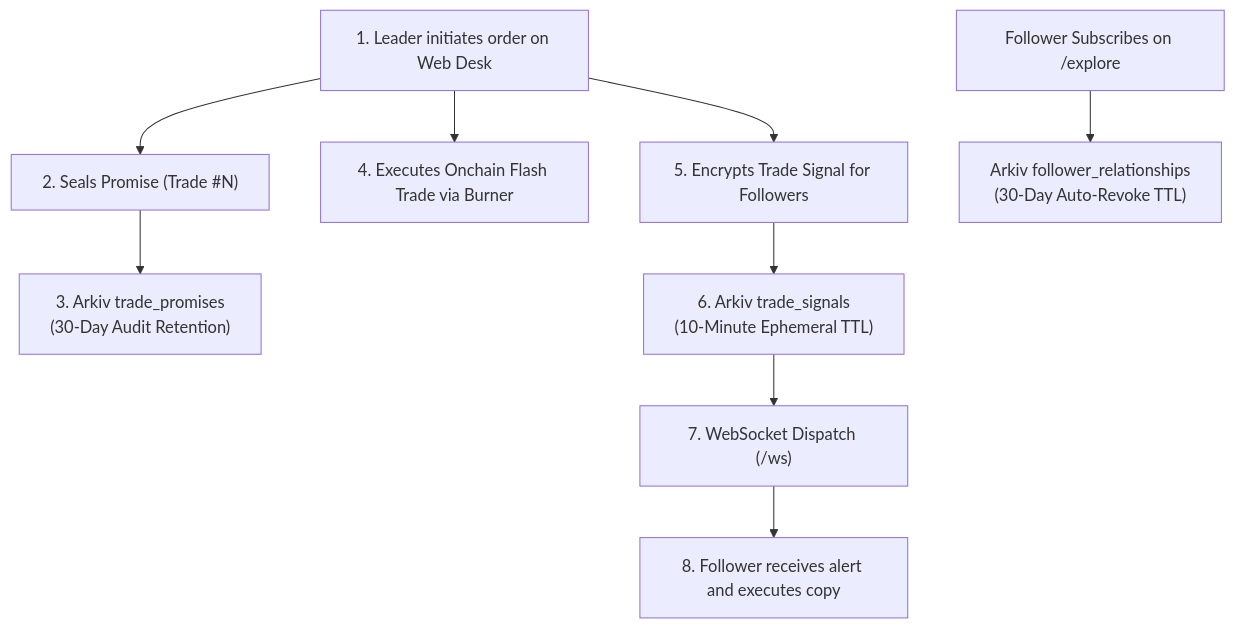
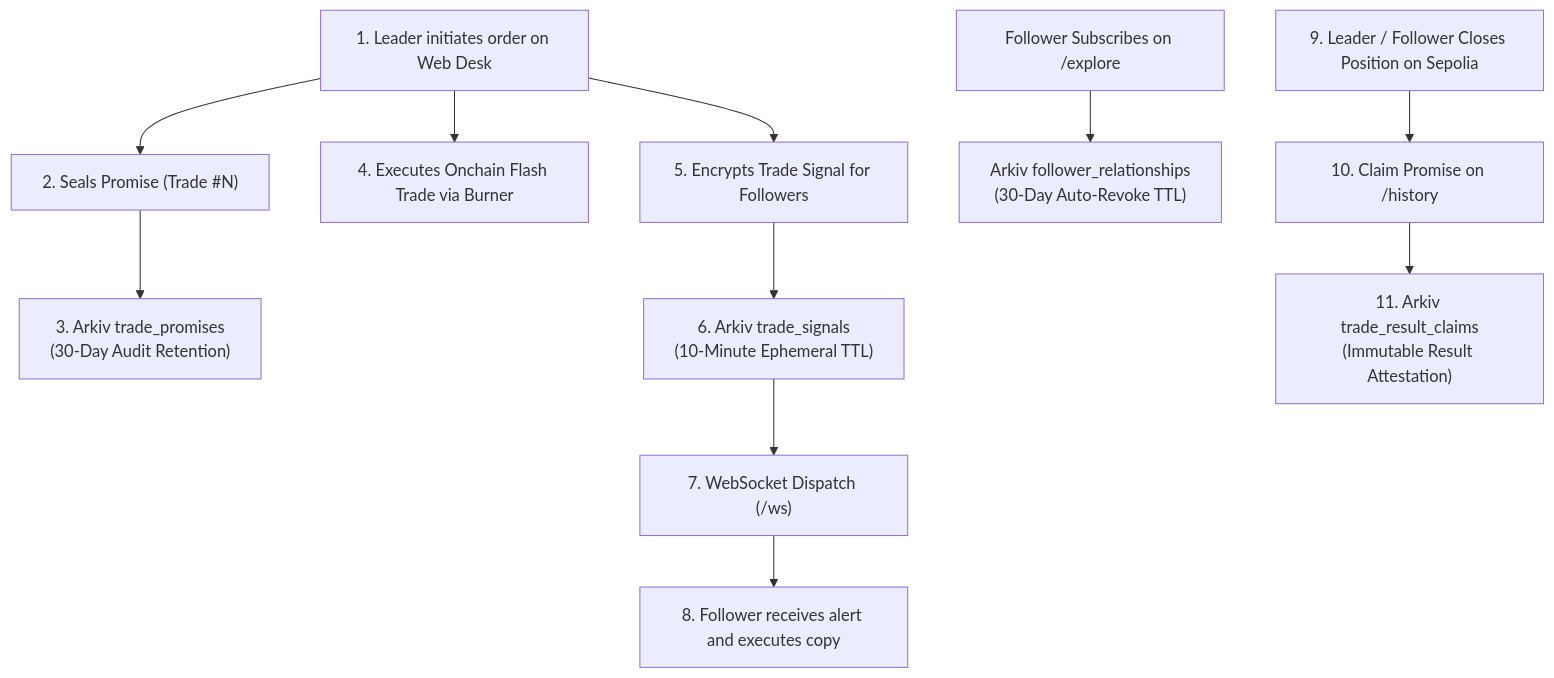
One commit to OmAvhad/syndicate changed the diagram in arkiv/how-you-use-arkiv.md. Above: the diagram before and after it, drawn with Mermaid. The commit also changed 5 other files, not shown here.

Commit message:
docs: sync design document, readme, arkiv schemas, and flash docs with latest shielded pool and claim features

````diff
--- a/arkiv/how-you-use-arkiv.md
+++ b/arkiv/how-you-use-arkiv.md
@@ -17,15 +17,18 @@
 ```mermaid
 flowchart TD
     Leader["1. Leader initiates order on Web Desk"] --> Promise["2. Seals Promise (Trade #N)"]
     Promise --> ArkivP["3. Arkiv trade_promises\n(30-Day Audit Retention)"]
     
     Leader --> Swap["4. Executes Onchain Flash Trade via Burner"]
     
     Leader --> Encrypt["5. Encrypts Trade Signal for Followers"]
     Encrypt --> ArkivS["6. Arkiv trade_signals\n(10-Minute Ephemeral TTL)"]
     
     ArkivS --> WS["7. WebSocket Dispatch (/ws)"]
     WS --> Follower["8. Follower receives alert and executes copy"]
     
     FollowerSub["Follower Subscribes on /explore"] --> ArkivF["Arkiv follower_relationships\n(30-Day Auto-Revoke TTL)"]
+
+    Close["9. Leader / Follower Closes Position on Sepolia"] --> Claim["10. Claim Promise on /history"]
+    Claim --> ArkivC["11. Arkiv trade_result_claims\n(Immutable Result Attestation)"]
 ```
````
